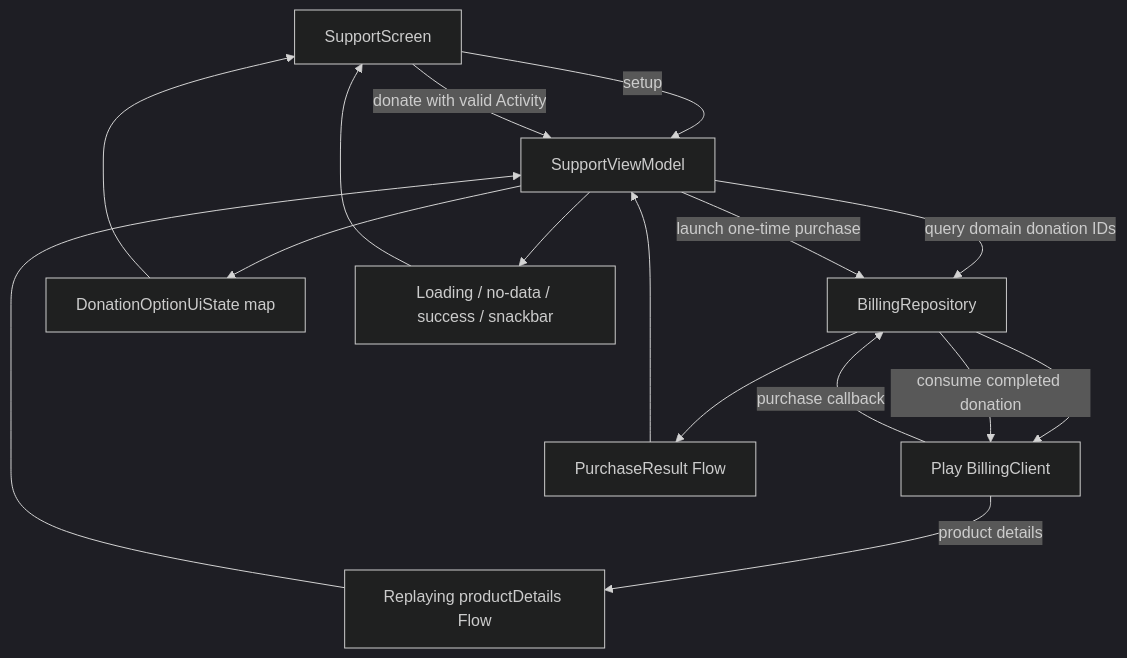
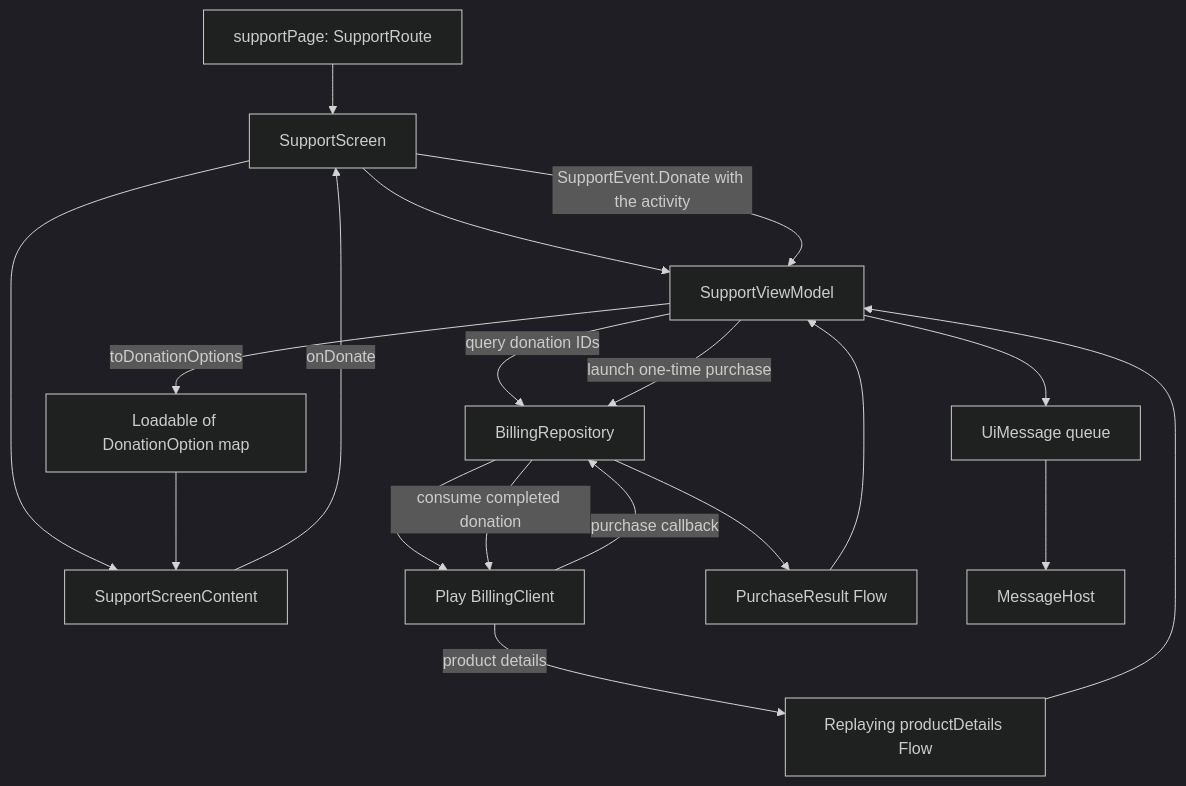
The diagram in library/feature/support/README.md (MihaiCristianCondrea/App-Toolkit-for-Android), drawn with Mermaid (dark theme) before and after one commit. The commit also changed other lines of this file and 157 other files, not shown here.

````diff
--- a/library/feature/support/README.md
+++ b/library/feature/support/README.md
@@ -33,18 +35,21 @@
 ```mermaid
 flowchart TD
-    Screen[SupportScreen] -->|setup| VM[SupportViewModel]
-    VM -->|query domain donation IDs| Billing[BillingRepository]
+    Page[supportPage: SupportRoute] --> Screen[SupportScreen]
+    Screen --> VM[SupportViewModel]
+    Screen --> Content[SupportScreenContent]
+    VM -->|query donation IDs| Billing[BillingRepository]
     Billing --> Play[Play BillingClient]
     Play -->|product details| ProductFlow[Replaying productDetails Flow]
     ProductFlow --> VM
-    VM --> Options[DonationOptionUiState map]
-    Options --> Screen
-    Screen -->|donate with valid Activity| VM
+    VM -->|toDonationOptions| Options[Loadable of DonationOption map]
+    Options --> Content
+    Content -->|onDonate| Screen
+    Screen -->|SupportEvent.Donate with the activity| VM
     VM -->|launch one-time purchase| Billing
     Play -->|purchase callback| Billing
     Billing -->|consume completed donation| Play
     Billing --> Result[PurchaseResult Flow]
     Result --> VM
-    VM --> State[Loading / no-data / success / snackbar]
-    State --> Screen
+    VM --> Messages[UiMessage queue]
+    Messages --> Host[MessageHost]
 ```
````
